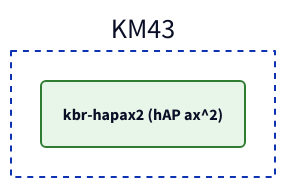
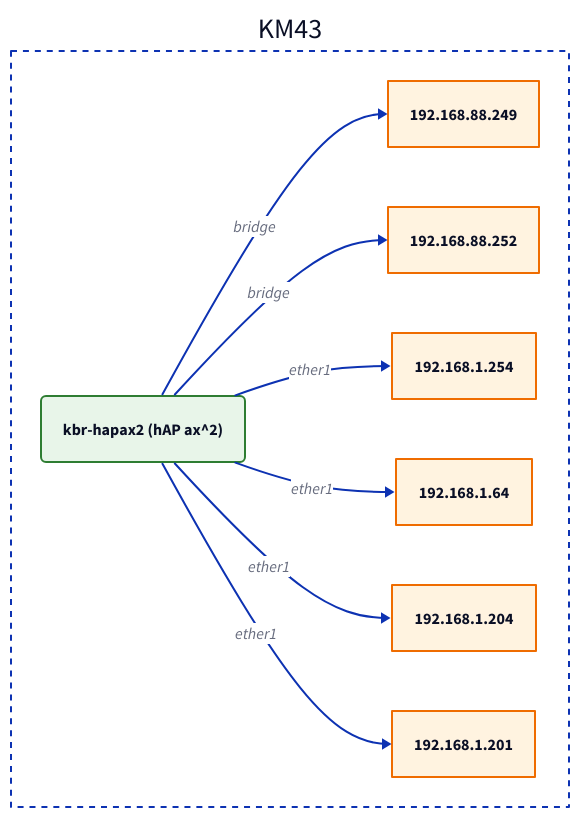
The diagram in network_map.d2 (kaber420/mikroisp-manager), drawn with D2 before and after one commit. The commit also changed 2 other files, not shown here.

```diff
--- a/network_map.d2
+++ b/network_map.d2
@@ -1,19 +1,43 @@
-# Network Topology - OSPF
+# Network Topology - MNDP/LLDP + ARP + OSPF
 direction: right
 classes: {
   router: {
     style: {stroke-width: 2; border-radius: 5}
   }
   zone_box: {
     style: {stroke-width: 2; stroke-dash: 3; fill: "transparent"}
   }
 }
 
 km43: KM43 {
   class: zone_box
 }
 
 km43.kbr_hapax2: "kbr-hapax2 (hAP ax^2)" {
   class: router
   style: {fill: "#e8f5e9"; stroke: "#2e7d32"}
 }
+km43.n_192_168_88_249: "192.168.88.249" {
+  style: {fill: "#fff3e0"; stroke: "#ef6c00"}
+}
+km43.kbr_hapax2 -> km43.n_192_168_88_249: "bridge"
+km43.n_192_168_88_252: "192.168.88.252" {
+  style: {fill: "#fff3e0"; stroke: "#ef6c00"}
+}
+km43.kbr_hapax2 -> km43.n_192_168_88_252: "bridge"
+km43.n_192_168_1_254: "192.168.1.254" {
+  style: {fill: "#fff3e0"; stroke: "#ef6c00"}
+}
+km43.kbr_hapax2 -> km43.n_192_168_1_254: "ether1"
+km43.n_192_168_1_64: "192.168.1.64" {
+  style: {fill: "#fff3e0"; stroke: "#ef6c00"}
+}
+km43.kbr_hapax2 -> km43.n_192_168_1_64: "ether1"
+km43.n_192_168_1_204: "192.168.1.204" {
+  style: {fill: "#fff3e0"; stroke: "#ef6c00"}
+}
+km43.kbr_hapax2 -> km43.n_192_168_1_204: "ether1"
+km43.n_192_168_1_201: "192.168.1.201" {
+  style: {fill: "#fff3e0"; stroke: "#ef6c00"}
+}
+km43.kbr_hapax2 -> km43.n_192_168_1_201: "ether1"
```
